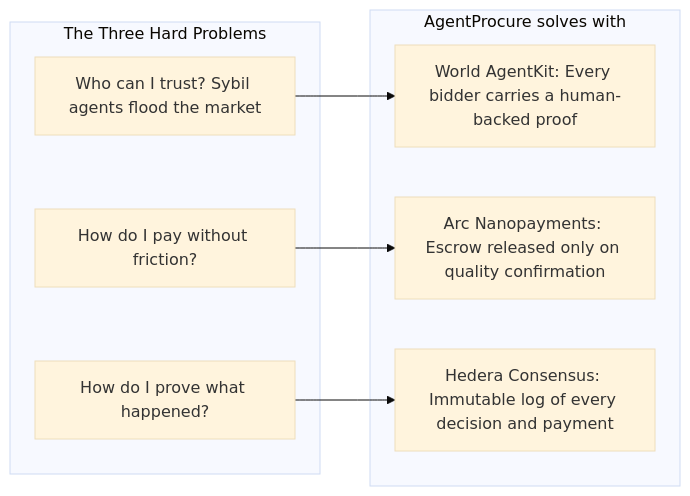
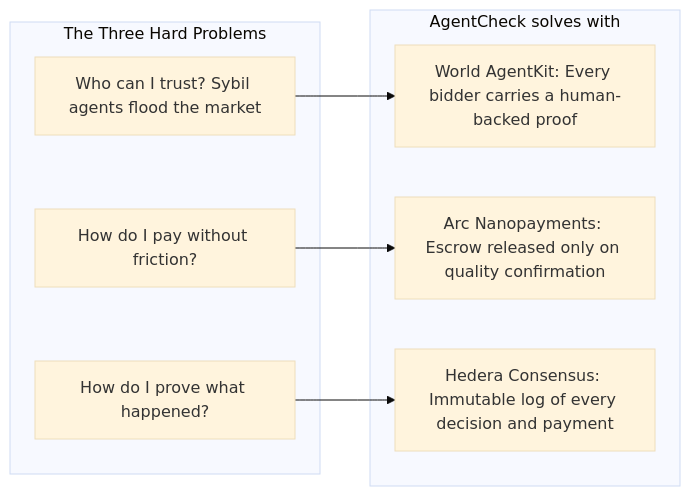
The third of 6 diagrams in docs/architecture.md (Chloezhu010/AgentCheck), drawn with Mermaid (base theme) before and after one commit. The commit also changed other lines of this file and 15 other files, not shown here.

````diff
--- a/docs/architecture.md
+++ b/docs/architecture.md
@@ -69,18 +69,18 @@
 ```mermaid
 flowchart LR
     subgraph Problem["The Three Hard Problems"]
         P1["Who can I trust? Sybil agents flood the market"]
         P2["How do I pay without friction?"]
         P3["How do I prove what happened?"]
     end
 
-    subgraph Solution["AgentProcure solves with"]
+    subgraph Solution["AgentCheck solves with"]
         S1["World AgentKit: Every bidder carries a human-backed proof"]
         S2["Arc Nanopayments: Escrow released only on quality confirmation"]
         S3["Hedera Consensus: Immutable log of every decision and payment"]
     end
 
     P1 --> S1
     P2 --> S2
     P3 --> S3
 ```
````
